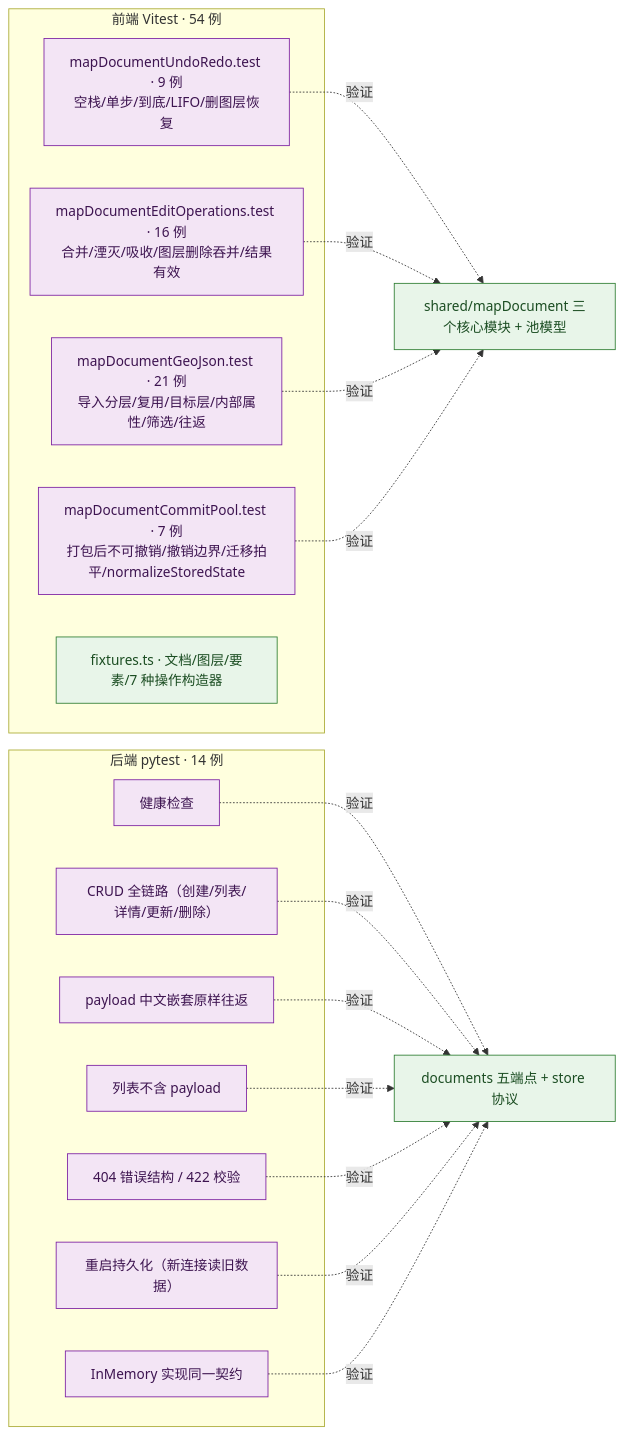
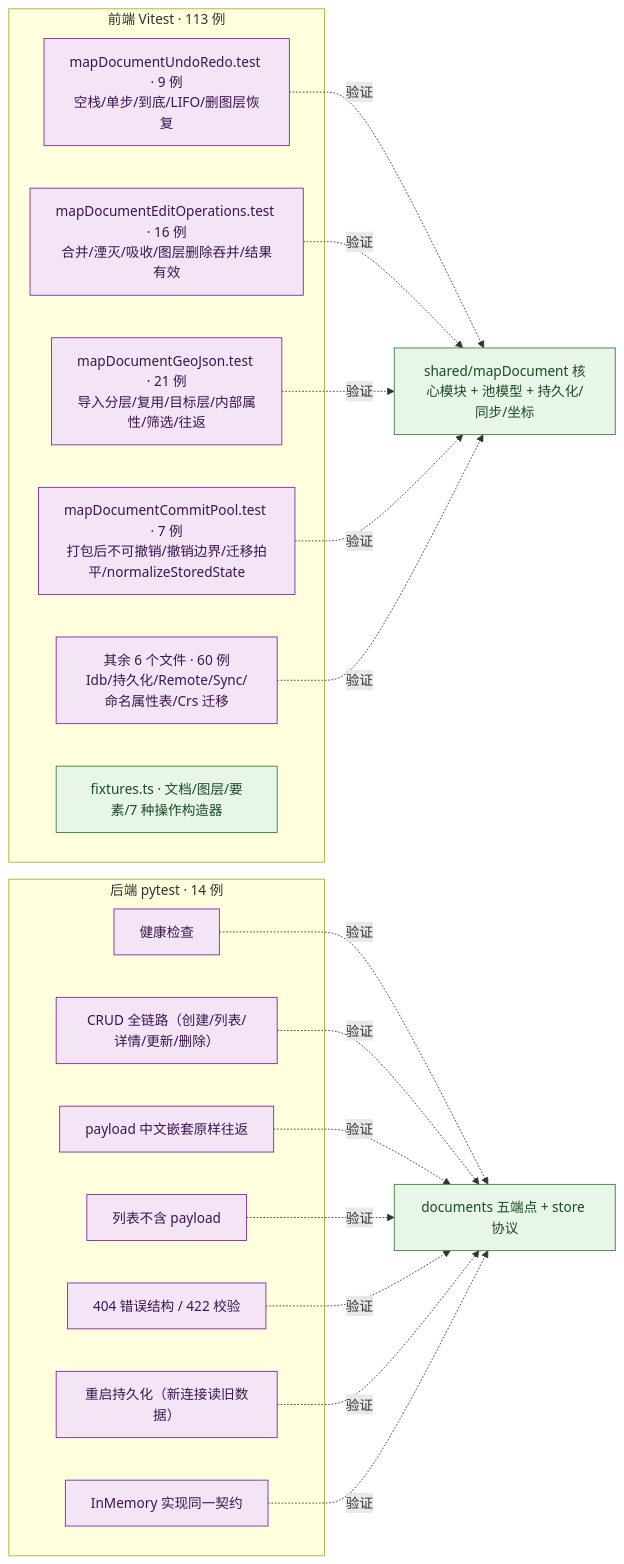
The tenth of 10 diagrams in docs/前后端详细架构.md (huahuajiji/agentgis-frontend), drawn with Mermaid before and after one commit. The commit also changed 18 other files, not shown here.

````diff
--- a/docs/前后端详细架构.md
+++ b/docs/前后端详细架构.md
@@ -436,26 +436,27 @@
 ```mermaid
 flowchart LR
-    subgraph FVT["前端 Vitest · 54 例"]
+    subgraph FVT["前端 Vitest · 113 例"]
         T1["mapDocumentUndoRedo.test · 9 例<br/>空栈/单步/到底/LIFO/删图层恢复"]
         T2["mapDocumentEditOperations.test · 16 例<br/>合并/湮灭/吸收/图层删除吞并/结果有效"]
         T3["mapDocumentGeoJson.test · 21 例<br/>导入分层/复用/目标层/内部属性/筛选/往返"]
         T4["mapDocumentCommitPool.test · 7 例<br/>打包后不可撤销/撤销边界/迁移拍平/normalizeStoredState"]
+        T6["其余 6 个文件 · 60 例<br/>Idb/持久化/Remote/Sync/命名属性表/Crs 迁移"]
         T5["fixtures.ts · 文档/图层/要素/7 种操作构造器"]
     end
     subgraph BPT["后端 pytest · 14 例"]
         B1["健康检查"]
         B2["CRUD 全链路（创建/列表/详情/更新/删除）"]
         B3["payload 中文嵌套原样往返"]
         B4["列表不含 payload"]
         B5["404 错误结构 / 422 校验"]
         B6["重启持久化（新连接读旧数据）"]
         B7["InMemory 实现同一契约"]
     end
-    T1 & T2 & T3 & T4 -.验证.-> PURE2["shared/mapDocument 三个核心模块 + 池模型"]
+    T1 & T2 & T3 & T4 & T6 -.验证.-> PURE2["shared/mapDocument 核心模块 + 池模型 + 持久化/同步/坐标"]
     B1 & B2 & B3 & B4 & B5 & B6 & B7 -.验证.-> BE2["documents 五端点 + store 协议"]
 
     classDef t fill:#f3e5f5,stroke:#7b1fa2,color:#3d1450;
     classDef m fill:#e8f5e9,stroke:#2e7d32,color:#1b4d22;
-    class T1,T2,T3,T4,B1,B2,B3,B4,B5,B6,B7 t;
+    class T1,T2,T3,T4,T6,B1,B2,B3,B4,B5,B6,B7 t;
     class T5,PURE2,BE2 m;
 ```
````
